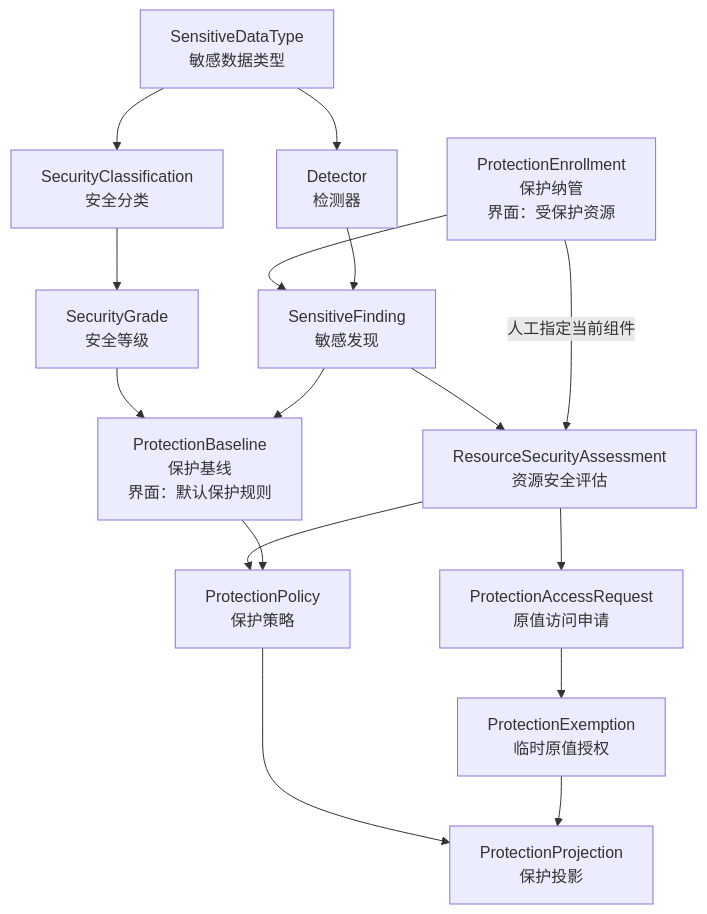
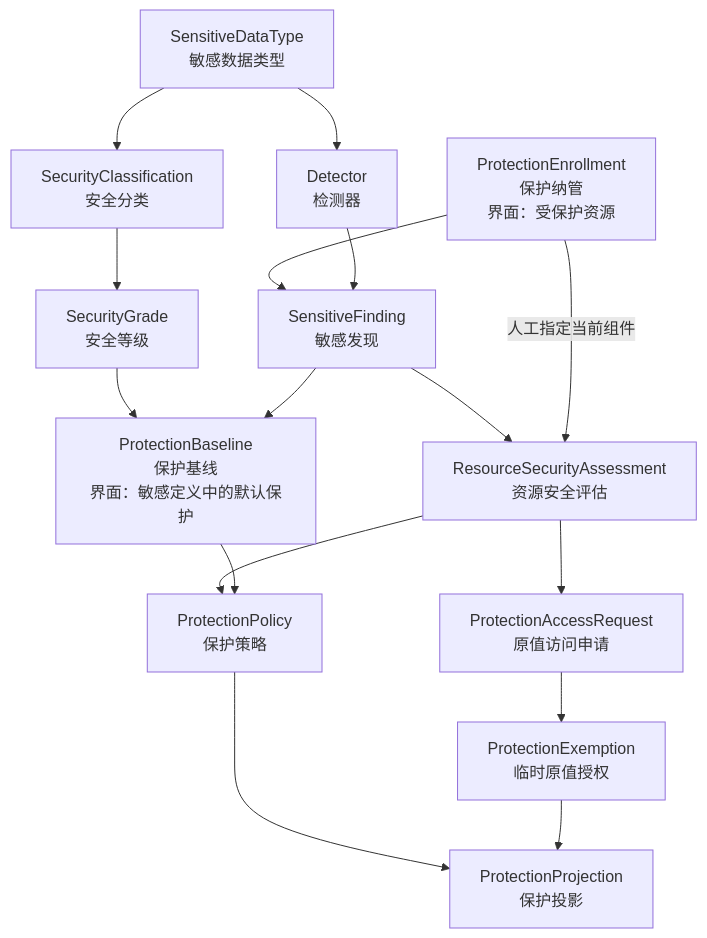
Before and after one commit to pampa0629/addp: the first of 5 diagrams in docs/concepts/addp数据安全与隐私保护体系图.md, drawn with Mermaid. The commit also changed other lines of this file and 102 other files, not shown here.

````diff
--- a/docs/concepts/addp数据安全与隐私保护体系图.md
+++ b/docs/concepts/addp数据安全与隐私保护体系图.md
@@ -19,31 +19,31 @@
 ```mermaid
 flowchart TB
     Type[SensitiveDataType<br/>敏感数据类型]
     Classification[SecurityClassification<br/>安全分类]
     Grade[SecurityGrade<br/>安全等级]
     Detector[Detector<br/>检测器]
-    Baseline[ProtectionBaseline<br/>保护基线<br/>界面：默认保护规则]
+    Baseline[ProtectionBaseline<br/>保护基线<br/>界面：敏感定义中的默认保护]
     Enrollment[ProtectionEnrollment<br/>保护纳管<br/>界面：受保护资源]
     Finding[SensitiveFinding<br/>敏感发现]
     Assessment[ResourceSecurityAssessment<br/>资源安全评估]
     Policy[ProtectionPolicy<br/>保护策略]
     AccessRequest[ProtectionAccessRequest<br/>原值访问申请]
     Exemption[ProtectionExemption<br/>临时原值授权]
     Projection[ProtectionProjection<br/>保护投影]
 
     Type --> Detector
     Type --> Classification
     Classification --> Grade
     Grade --> Baseline
     Enrollment --> Finding
     Detector --> Finding
     Finding --> Assessment
     Enrollment -->|人工指定当前组件| Assessment
     Finding --> Baseline
     Assessment --> Policy
     Baseline --> Policy
     Assessment --> AccessRequest
     AccessRequest --> Exemption
     Policy --> Projection
     Exemption --> Projection
 ```
````
